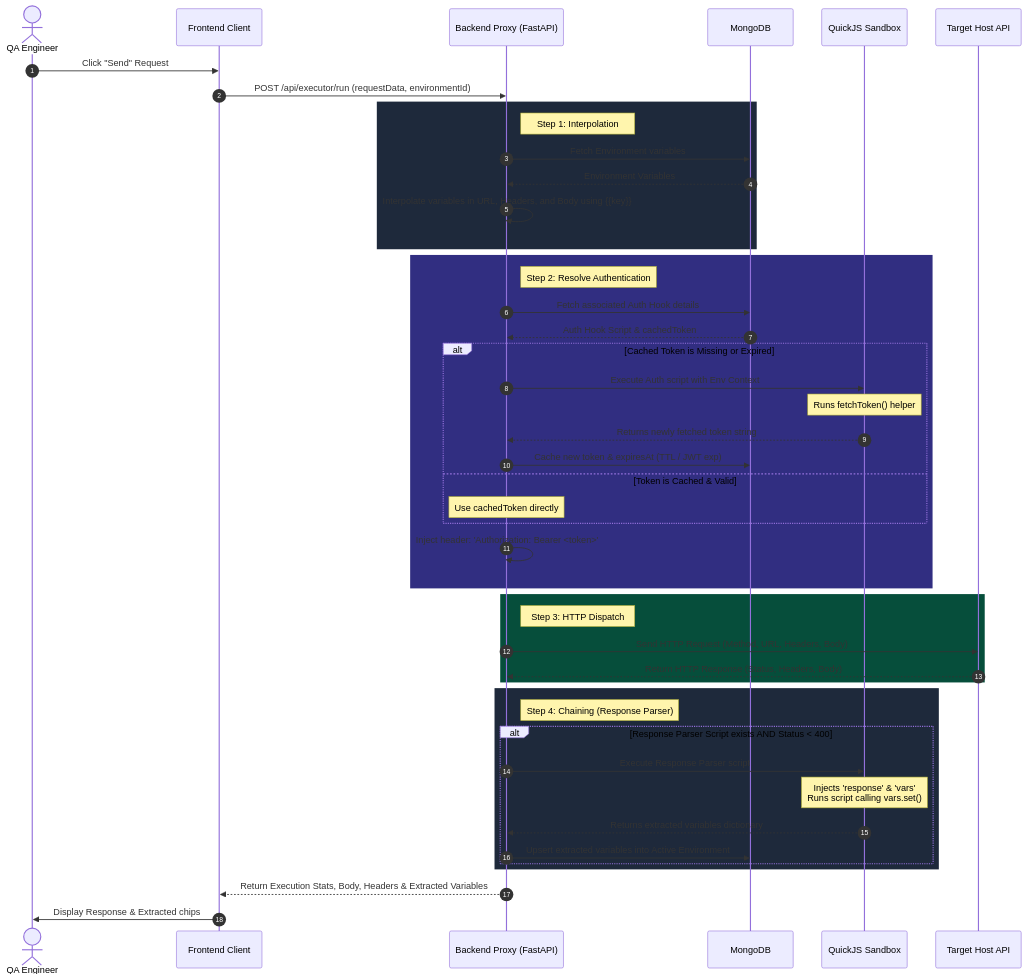
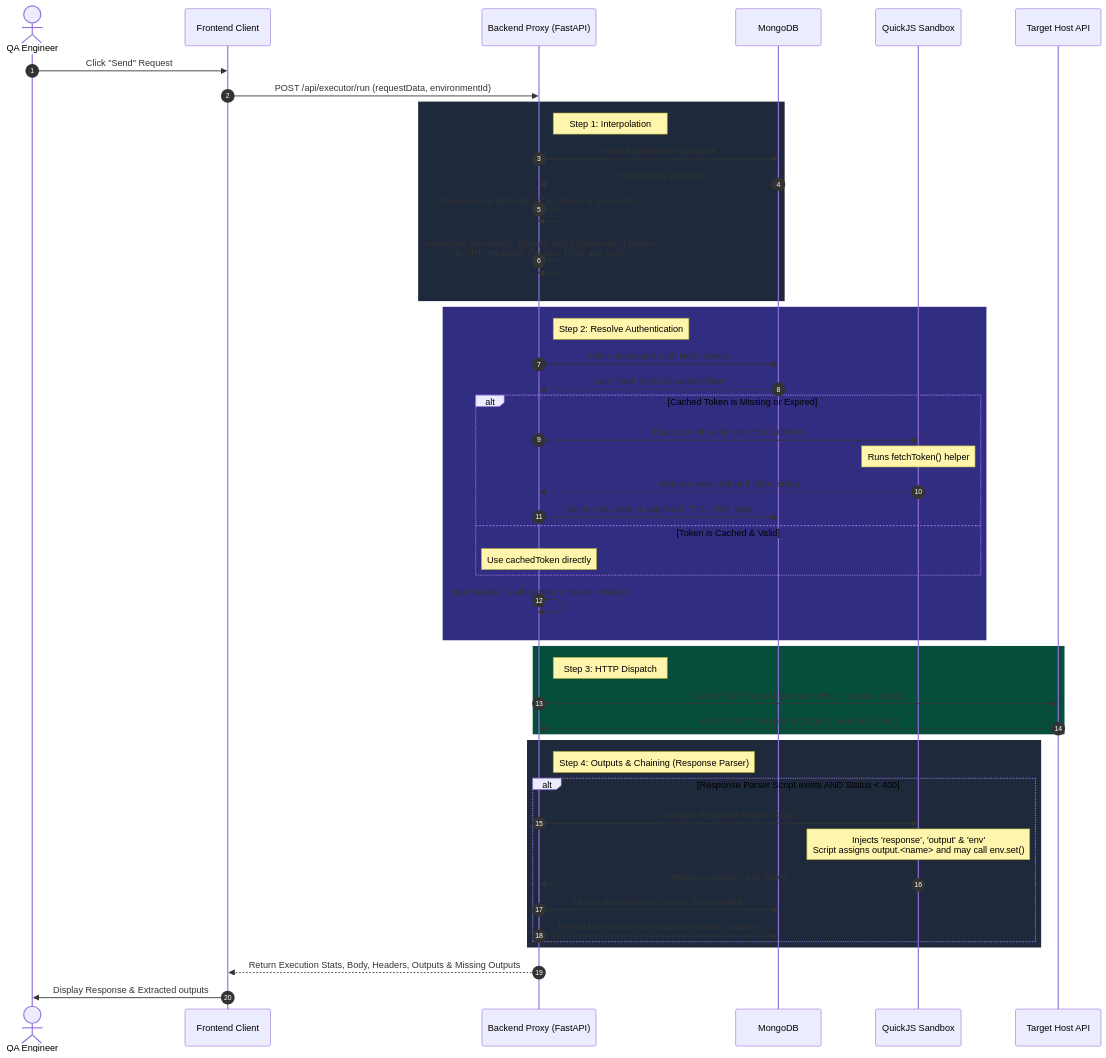
One commit to felixsu/lixionary-qa-tools changed the second of 2 diagrams in docs/API Explorer User Flow and Dependencies.md. Above: the diagram before and after it, drawn with Mermaid. The commit also changed other lines of this file, not shown here.

Commit message:
docs: update API Explorer guide for env. prefix, inputs and outputs

````diff
--- a/docs/API Explorer User Flow and Dependencies.md
+++ b/docs/API Explorer User Flow and Dependencies.md
@@ -43,55 +52,57 @@
 ```mermaid
 sequenceDiagram
     autonumber
     actor User as QA Engineer
     participant FE as Frontend Client
     participant BE as Backend Proxy (FastAPI)
     participant DB as MongoDB
     participant JS as QuickJS Sandbox
     participant API as Target Host API
 
     User->>FE: Click "Send" Request
     FE->>BE: POST /api/executor/run (requestData, environmentId)
     
     rect rgb(30, 41, 59)
         note right of BE: Step 1: Interpolation
         BE->>DB: Fetch Environment variables
         DB-->>BE: Environment Variables
-        BE->>BE: Interpolate variables in URL, Headers, and Body using {{key}}
+        BE->>BE: Resolve input bindings once (literals & generators)
+        BE->>BE: Interpolate {{env.key}}, {{input}} and {{$generator}} tokens<br>in URL, Headers, Params, Body and Auth
     end
 
     rect rgb(49, 46, 129)
         note right of BE: Step 2: Resolve Authentication
         BE->>DB: Fetch associated Auth Hook details
         DB-->>BE: Auth Hook Script & cachedToken
         
         alt Cached Token is Missing or Expired
             BE->>JS: Execute Auth script with Env Context
             note over JS: Runs fetchToken() helper
             JS-->>BE: Returns newly fetched token string
             BE->>DB: Cache new token & expiresAt (TTL / JWT exp)
         else Token is Cached & Valid
             note over BE: Use cachedToken directly
         end
         BE->>BE: Inject header: 'Authorization: Bearer <token>'
     end
 
     rect rgb(6, 78, 59)
         note right of BE: Step 3: HTTP Dispatch
         BE->>API: Send HTTP Request (Method, URL, Headers, Body)
         API-->>BE: Return HTTP Response (Status, Headers, Body)
     end
 
     rect rgb(30, 41, 59)
-        note right of BE: Step 4: Chaining (Response Parser)
+        note right of BE: Step 4: Outputs & Chaining (Response Parser)
         alt Response Parser Script exists AND Status < 400
             BE->>JS: Execute Response Parser script
-            note over JS: Injects 'response' & 'vars'<br>Runs script calling vars.set()
-            JS-->>BE: Returns extracted variables dictionary
-            BE->>DB: Upsert extracted variables into Active Environment
+            note over JS: Injects 'response', 'output' & 'env'<br>Script assigns output.<name> and may call env.set()
+            JS-->>BE: Returns outputs + env writes
+            BE->>DB: Upsert env writes into Active Environment
+            BE->>DB: Persist last outputs per request (request_outputs)
         end
     end
 
-    BE-->>FE: Return Execution Stats, Body, Headers & Extracted Variables
-    FE->>User: Display Response & Extracted chips
+    BE-->>FE: Return Execution Stats, Body, Headers, Outputs & Missing Outputs
+    FE->>User: Display Response & Extracted outputs
 ```
````
